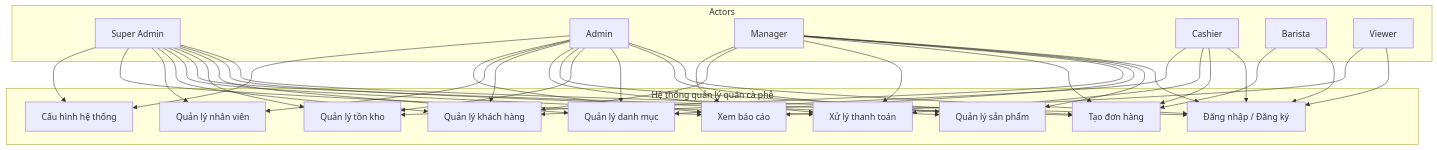
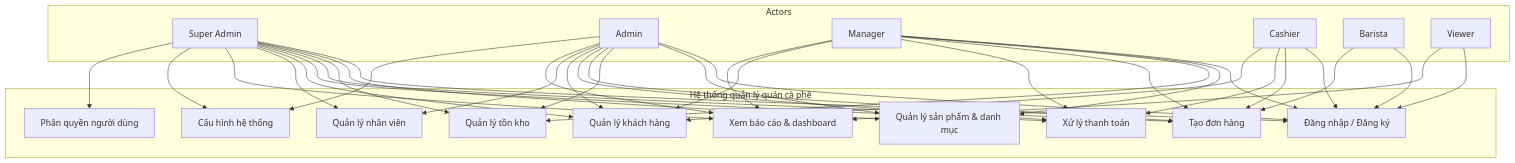
Before and after one commit to ngphong01/SOA-Coffee: the first of 5 diagrams in README.md, drawn with Mermaid. The commit also changed other lines of this file, not shown here.

````diff
--- a/README.md
+++ b/README.md
@@ -345,38 +232,31 @@
 ```mermaid
 graph TD
     subgraph Actors
         SA[Super Admin]
         AD[Admin]
         MG[Manager]
         CS[Cashier]
         BA[Barista]
         VW[Viewer]
     end
 
     subgraph "Hệ thống quản lý quán cà phê"
         UC1[Đăng nhập / Đăng ký]
-        UC2[Quản lý sản phẩm]
-        UC3[Quản lý danh mục]
-        UC4[Quản lý tồn kho]
-        UC5[Tạo đơn hàng]
-        UC6[Xử lý thanh toán]
-        UC7[Quản lý khách hàng]
-        UC8[Quản lý nhân viên]
-        UC9[Xem báo cáo]
-        UC10[Cấu hình hệ thống]
+        UC2[Quản lý sản phẩm & danh mục]
+        UC3[Quản lý tồn kho]
+        UC4[Tạo đơn hàng]
+        UC5[Xử lý thanh toán]
+        UC6[Quản lý khách hàng]
+        UC7[Quản lý nhân viên]
+        UC8[Xem báo cáo & dashboard]
+        UC9[Cấu hình hệ thống]
+        UC10[Phân quyền người dùng]
     end
 
-    SA --> UC1
-    AD --> UC1
-    MG --> UC1
-    CS --> UC1
-    BA --> UC1
-    VW --> UC1
-
-    SA --> UC2 & UC3 & UC4 & UC5 & UC6 & UC7 & UC8 & UC9 & UC10
-    AD --> UC2 & UC3 & UC4 & UC5 & UC6 & UC7 & UC8 & UC9 & UC10
-    MG --> UC2 & UC3 & UC4 & UC5 & UC6 & UC7 & UC9
-    CS --> UC5 & UC6 & UC7
-    BA --> UC5
-    VW --> UC9
+    SA --> UC1 & UC2 & UC3 & UC4 & UC5 & UC6 & UC7 & UC8 & UC9 & UC10
+    AD --> UC1 & UC2 & UC3 & UC4 & UC5 & UC6 & UC7 & UC8 & UC9
+    MG --> UC1 & UC2 & UC3 & UC4 & UC5 & UC6 & UC8
+    CS --> UC1 & UC4 & UC5 & UC6
+    BA --> UC1 & UC4
+    VW --> UC1 & UC8
 ```
````
